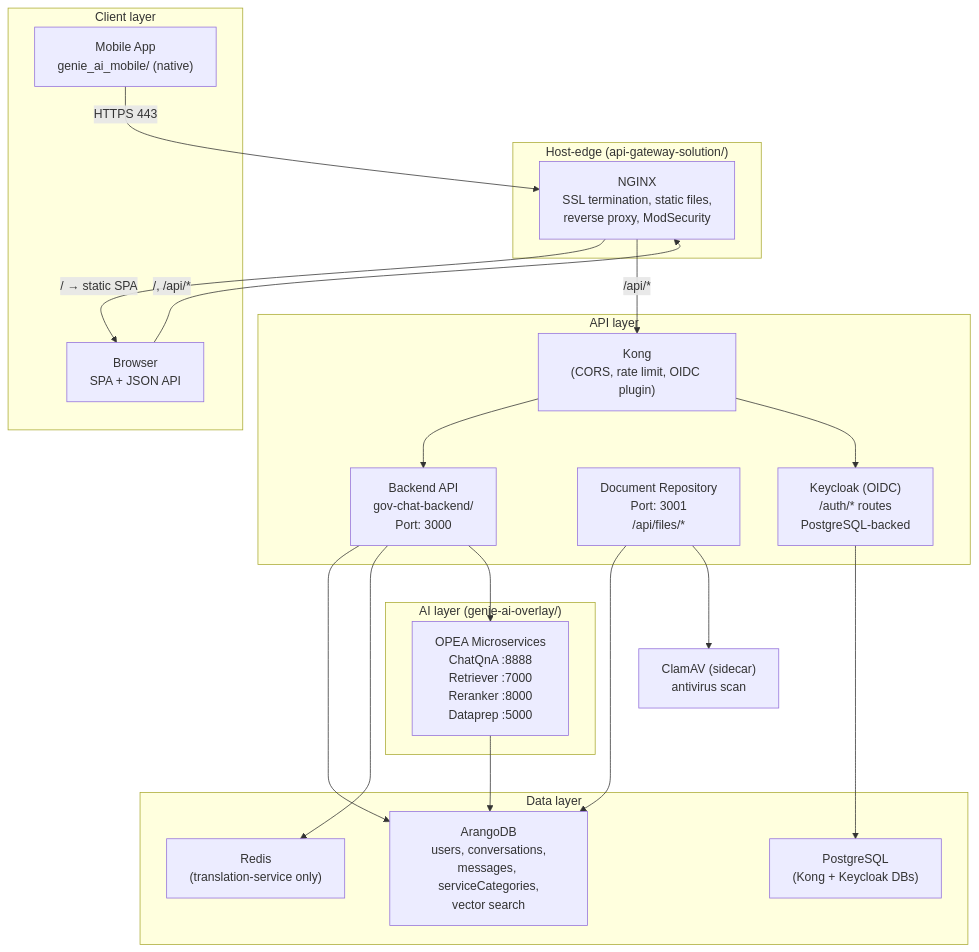
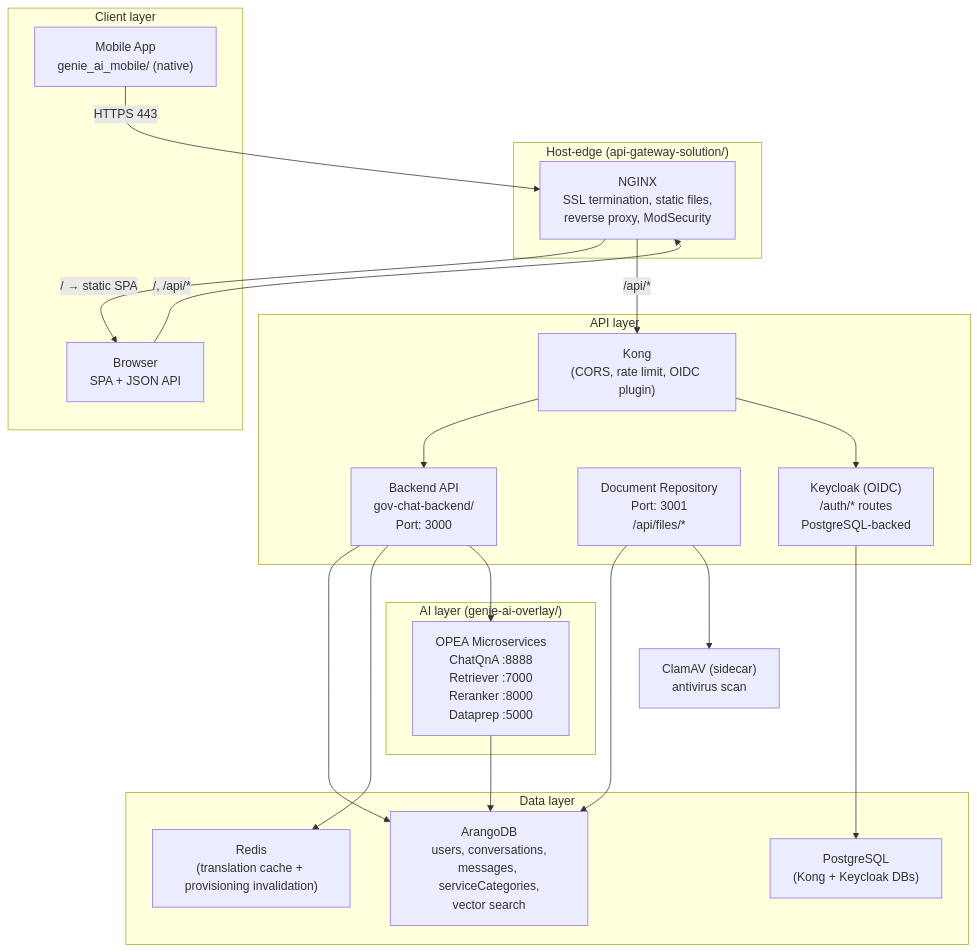
The diagram in site/content/en/docs/reference/source-tree-analysis.md (jrevillard/genie-ai-replica), drawn with Mermaid before and after one commit. The commit also changed 10 other files, not shown here.

````diff
--- a/site/content/en/docs/reference/source-tree-analysis.md
+++ b/site/content/en/docs/reference/source-tree-analysis.md
@@ -601,42 +601,42 @@
 ```mermaid
 flowchart TB
     subgraph Edge["Host-edge (api-gateway-solution/)"]
         Nginx["NGINX<br/>SSL termination, static files,<br/>reverse proxy, ModSecurity"]
     end
 
     subgraph Client["Client layer"]
         Browser["Browser<br/>SPA + JSON API"]
         Mobile["Mobile App<br/>genie_ai_mobile/ (native)"]
     end
 
     subgraph API["API layer"]
         Kong["Kong<br/>(CORS, rate limit, OIDC plugin)"]
         BE["Backend API<br/>gov-chat-backend/<br/>Port: 3000"]
         DocRepo["Document Repository<br/>Port: 3001<br/>/api/files/*"]
         KC["Keycloak (OIDC)<br/>/auth/* routes<br/>PostgreSQL-backed"]
     end
 
     subgraph Data["Data layer"]
         Arango["ArangoDB<br/>users, conversations,<br/>messages, serviceCategories,<br/>vector search"]
         Postgres["PostgreSQL<br/>(Kong + Keycloak DBs)"]
-        Redis["Redis<br/>(translation-service only)"]
+        Redis["Redis<br/>(translation cache + provisioning invalidation)"]
     end
 
     subgraph AI["AI layer (genie-ai-overlay/)"]
         OPEA["OPEA Microservices<br/>ChatQnA :8888<br/>Retriever :7000<br/>Reranker :8000<br/>Dataprep :5000"]
     end
 
     Browser -- "/, /api/*" --> Nginx
     Mobile -- "HTTPS 443" --> Nginx
     Nginx -- "/ → static SPA" --> Browser
     Nginx -- "/api/*" --> Kong
     Kong --> BE
     Kong --> KC
     BE --> Arango
     BE --> Redis
     BE --> OPEA
     DocRepo --> Arango
     DocRepo --> ClamAV["ClamAV (sidecar)<br/>antivirus scan"]
     KC --> Postgres
     OPEA --> Arango
 ```
````
